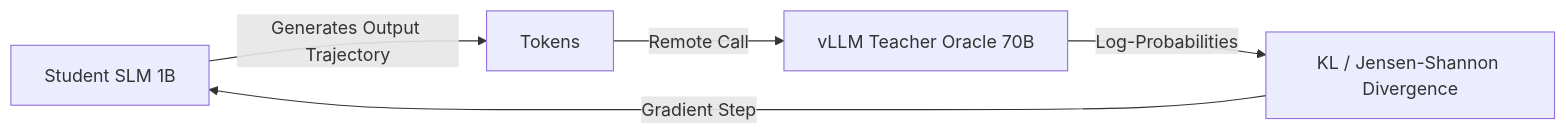
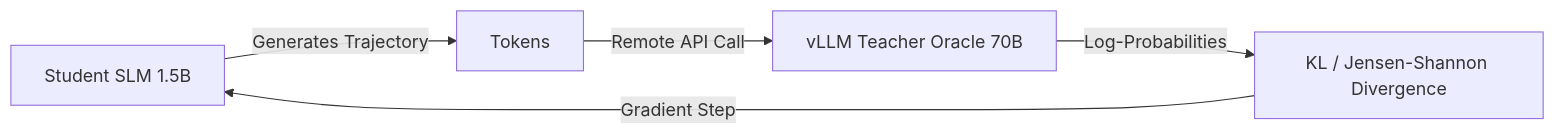
Before and after one commit to vfcarida/Small-Language-Models-SLMs-: the second of 2 diagrams in README.md, drawn with Mermaid. The commit also changed other lines of this file and 34 other files, not shown here.

````diff
--- a/README.md
+++ b/README.md
@@ -70,7 +72,7 @@
 ```mermaid
 graph LR
-    Student[Student SLM 1B] -->|Generates Output Trajectory| Traj[Tokens]
-    Traj -->|Remote Call| vLLM[vLLM Teacher Oracle 70B]
+    Student[Student SLM 1.5B] -->|Generates Trajectory| Traj[Tokens]
+    Traj -->|Remote API Call| vLLM[vLLM Teacher Oracle 70B]
     vLLM -->|Log-Probabilities| JSD[KL / Jensen-Shannon Divergence]
     JSD -->|Gradient Step| Student
 ```
````
